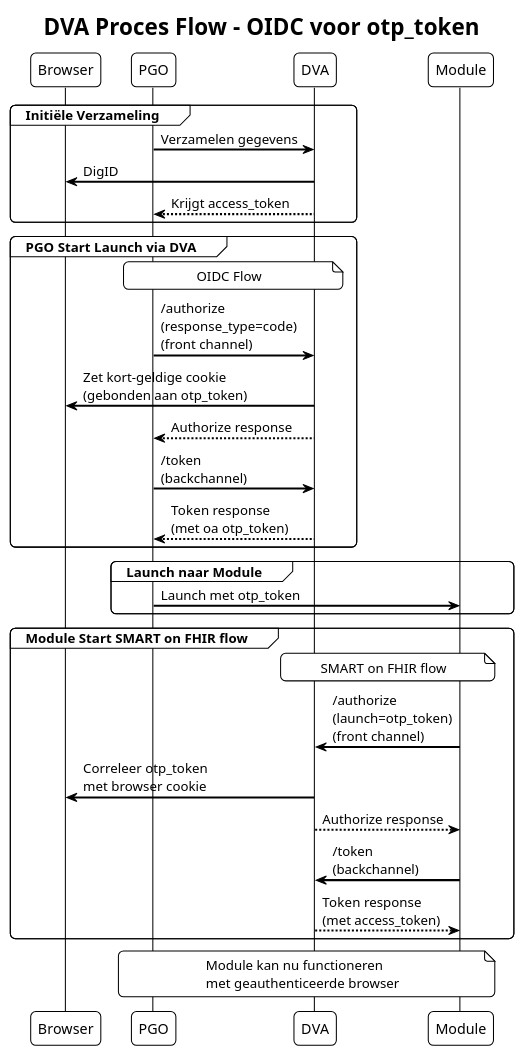
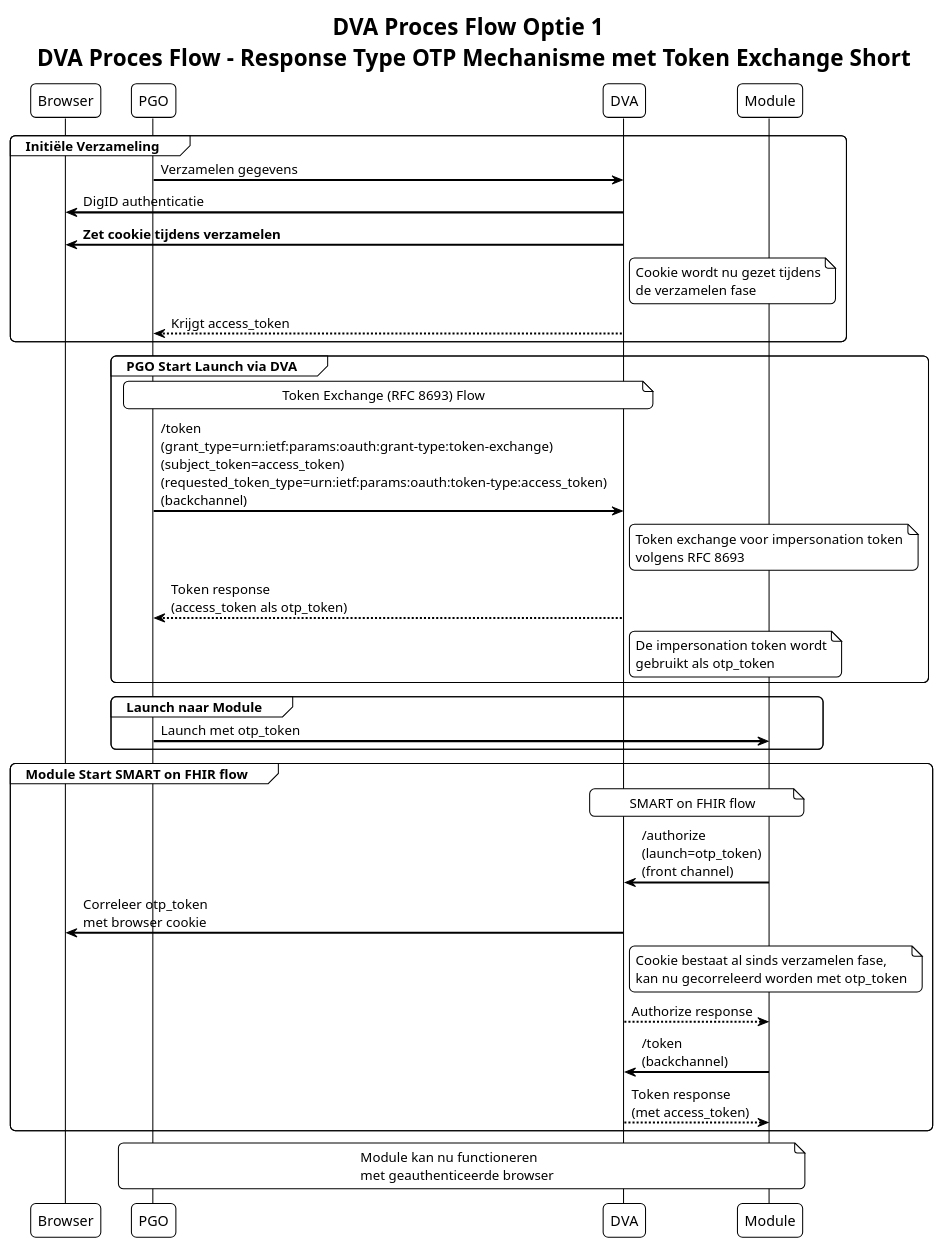
Before and after one commit to KoppelMij/koppelmij-designs: the diagram in designs/koppelmij_otp_short.puml, drawn with PlantUML. The commit also changed 10 other files, not shown here.

Commit message:
Add SVG diagram for SMART on FHIR short flow

```diff
--- a/designs/koppelmij_otp_short.puml
+++ b/designs/koppelmij_otp_short.puml
@@ -1,49 +1,61 @@
-@startuml DVA_Process_Flow
-!theme plain
-skinparam backgroundColor white
-skinparam sequenceArrowThickness 2
-skinparam roundcorner 10
-skinparam maxMessageSize 200
+@startuml
+   title DVA Proces Flow Optie 1 \n DVA Proces Flow - Response Type OTP Mechanisme met Token Exchange Short
+   !theme plain
+   skinparam backgroundColor white
+   skinparam sequenceArrowThickness 2
+   skinparam roundcorner 10
+   skinparam maxMessageSize 200
 
-participant "Browser" as BR
-participant "PGO" as PGO
-participant "DVA" as DVA
-participant "Module" as MOD
+   participant "Browser" as BR
+   participant "PGO" as PGO
+   participant "DVA" as DVA
+   participant "Module" as MOD
 
-title DVA Proces Flow - OIDC voor otp_token
+   group Initiële Verzameling
+   PGO -> DVA : Verzamelen gegevens
+   DVA -> BR: DigID authenticatie
+   DVA -> BR : **Zet cookie tijdens verzamelen**
+   note right of DVA
+   Cookie wordt nu gezet tijdens
+   de verzamelen fase
+   end note
+   DVA --> PGO : Krijgt access_token
+   end
 
-group Initiële Verzameling
-PGO -> DVA : Verzamelen gegevens
-DVA -> BR: DigID
-DVA --> PGO : Krijgt access_token
-end
+   group PGO Start Launch via DVA
+   note over PGO, DVA : Token Exchange (RFC 8693) Flow
 
-group PGO Start Launch via DVA
-note over PGO, DVA : OIDC Flow
+   PGO -> DVA : /token\n(grant_type=urn:ietf:params:oauth:grant-type:token-exchange)\n(subject_token=access_token)\n(requested_token_type=urn:ietf:params:oauth:token-type:access_token)\n(backchannel)
+   note right of DVA
+   Token exchange voor impersonation token
+   volgens RFC 8693
+   end note
+   DVA --> PGO : Token response\n(access_token als otp_token)
+   note right of DVA
+   De impersonation token wordt
+   gebruikt als otp_token
+   end note
+   end
 
-PGO -> DVA : /authorize\n(response_type=code)\n(front channel)
-DVA -> BR : Zet kort-geldige cookie\n(gebonden aan otp_token)
-DVA --> PGO : Authorize response
+   group Launch naar Module
+   PGO -> MOD : Launch met otp_token
+   end
 
-PGO -> DVA : /token\n(backchannel)
-DVA --> PGO : Token response\n(met oa otp_token)
-end
+   group Module Start SMART on FHIR flow
+   note over MOD, DVA : SMART on FHIR flow
 
-group Launch naar Module
-PGO -> MOD : Launch met otp_token
-end
+   MOD -> DVA : /authorize\n(launch=otp_token)\n(front channel)
+   DVA -> BR : Correleer otp_token\nmet browser cookie
+   note right of DVA
+   Cookie bestaat al sinds verzamelen fase,
+   kan nu gecorreleerd worden met otp_token
+   end note
+   DVA --> MOD : Authorize response
 
-group Module Start SMART on FHIR flow
-note over MOD, DVA : SMART on FHIR flow
+   MOD -> DVA : /token\n(backchannel)
+   DVA --> MOD : Token response\n(met access_token)
+   end
 
-MOD -> DVA : /authorize\n(launch=otp_token)\n(front channel)
-DVA -> BR : Correleer otp_token\nmet browser cookie
-DVA --> MOD : Authorize response
+   note over PGO, MOD : Module kan nu functioneren\nmet geauthenticeerde browser
 
-MOD -> DVA : /token\n(backchannel)
-DVA --> MOD : Token response\n(met access_token)
-end
-
-note over PGO, MOD : Module kan nu functioneren\nmet geauthenticeerde browser
-
-@enduml
+   @enduml
```
